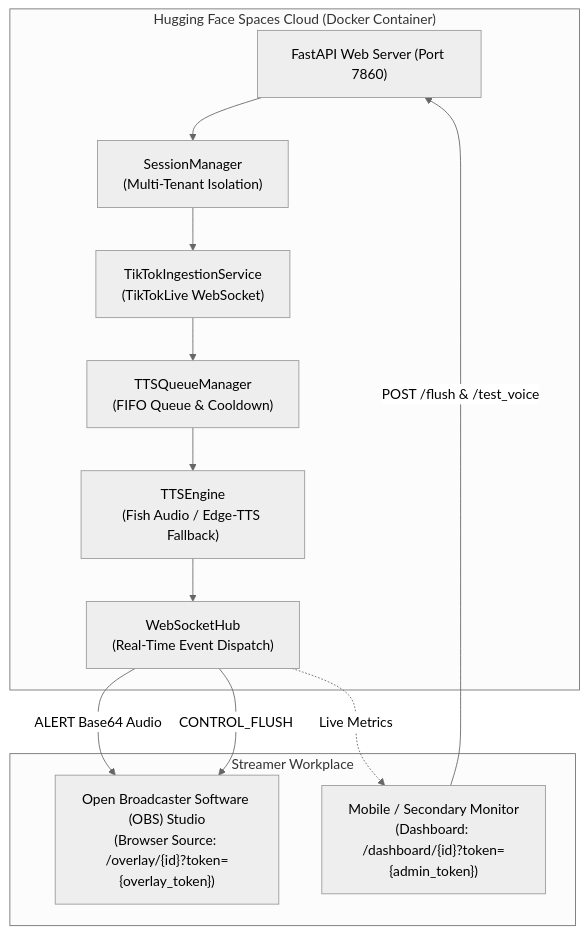
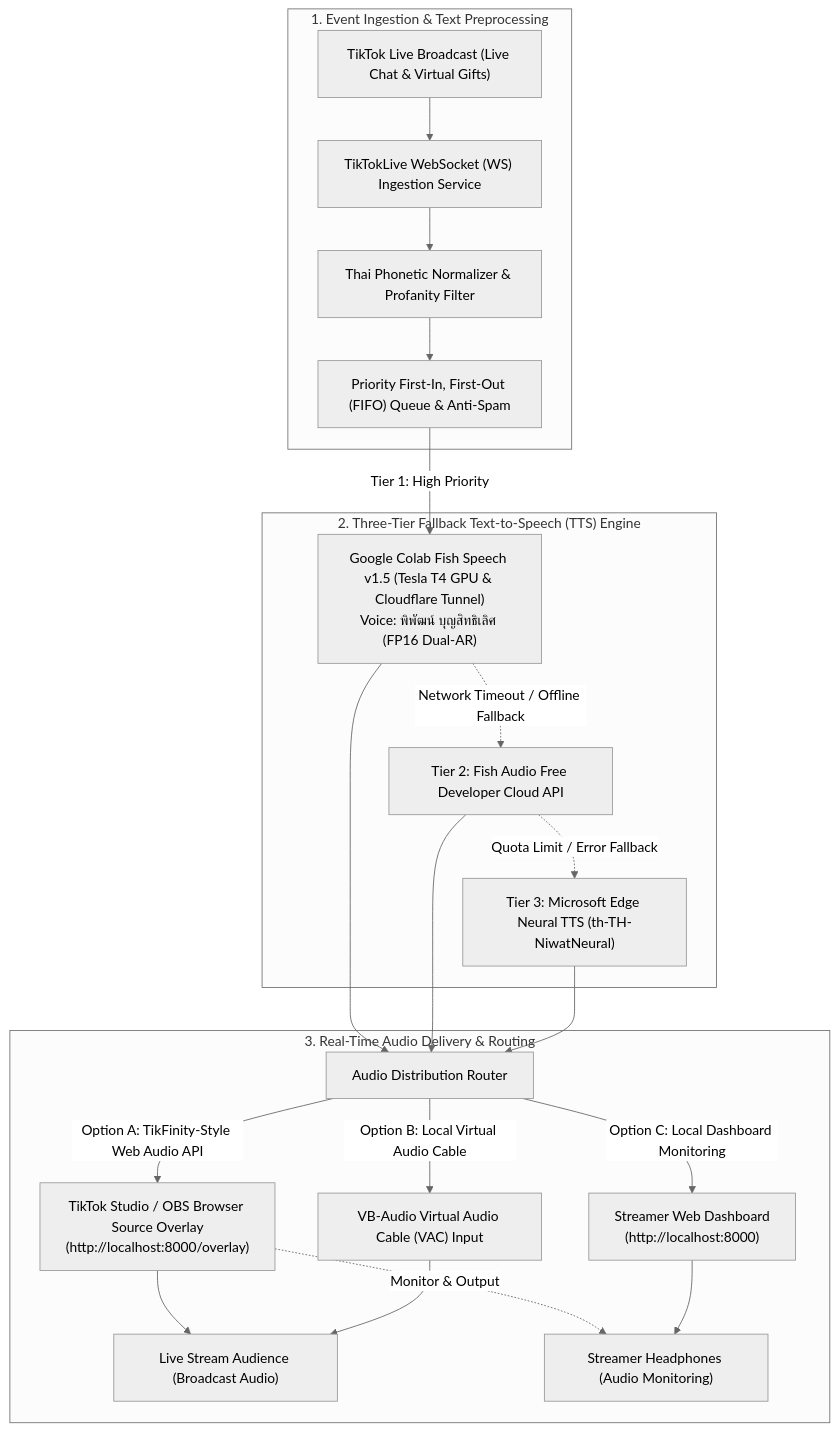
Before and after one commit to PhuriphatTyPeZ3r0/App-TikTok-Live-TTS-Dashboard-2026: the diagram in README.md, drawn with Mermaid (neutral theme). The commit also changed other lines of this file and 1 other file, not shown here.

Commit message:
docs: update README with Open in Colab badge, Phiphat voice attribution, and TikFinity quickstart

````diff
--- a/README.md
+++ b/README.md
@@ -47,27 +61,34 @@
 ```mermaid
 flowchart TD
-    subgraph Cloud ["Hugging Face Spaces Cloud (Docker Container)"]
-        FastAPI["FastAPI Web Server (Port 7860)"]
-        SessionMgr["SessionManager\n(Multi-Tenant Isolation)"]
-        Ingestion["TikTokIngestionService\n(TikTokLive WebSocket)"]
-        Queue["TTSQueueManager\n(FIFO Queue & Cooldown)"]
-        TTS["TTSEngine\n(Fish Audio / Edge-TTS Fallback)"]
-        WSHub["WebSocketHub\n(Real-Time Event Dispatch)"]
+    subgraph IngestionLayer ["1. Event Ingestion & Text Preprocessing"]
+        TikTokLive["TikTok Live Broadcast (Live Chat & Virtual Gifts)"]
+        Ingestion["TikTokLive WebSocket (WS) Ingestion Service"]
+        Normalizer["Thai Phonetic Normalizer & Profanity Filter"]
+        Queue["Priority First-In, First-Out (FIFO) Queue & Anti-Spam"]
 
-        FastAPI --> SessionMgr
-        SessionMgr --> Ingestion
-        Ingestion --> Queue
-        Queue --> TTS
-        TTS --> WSHub
+        TikTokLive --> Ingestion
+        Ingestion --> Normalizer
+        Normalizer --> Queue
     end
 
-    subgraph Streamer ["Streamer Workplace"]
-        OBS["Open Broadcaster Software (OBS) Studio\n(Browser Source: /overlay/{id}?token={overlay_token})"]
-        Phone["Mobile / Secondary Monitor\n(Dashboard: /dashboard/{id}?token={admin_token})"]
+    subgraph TTSLayer ["2. Three-Tier Fallback Text-to-Speech (TTS) Engine"]
+        Queue -->|Tier 1: High Priority| ColabTTS["Google Colab Fish Speech v1.5 (Tesla T4 GPU & Cloudflare Tunnel)\nVoice: พิพัฒน์ บุญสิทธิเลิศ (FP16 Dual-AR)"]
+        ColabTTS -.->|Network Timeout / Offline Fallback| CloudTTS["Tier 2: Fish Audio Free Developer Cloud API"]
+        CloudTTS -.->|Quota Limit / Error Fallback| EdgeTTS["Tier 3: Microsoft Edge Neural TTS (th-TH-NiwatNeural)"]
     end
 
-    WSHub -->|ALERT Base64 Audio| OBS
-    WSHub -->|CONTROL_FLUSH| OBS
-    Phone -->|POST /flush & /test_voice| FastAPI
-    WSHub -.->|Live Metrics| Phone
+    subgraph AudioDeliveryLayer ["3. Real-Time Audio Delivery & Routing"]
+        ColabTTS --> AudioRouter["Audio Distribution Router"]
+        CloudTTS --> AudioRouter
+        EdgeTTS --> AudioRouter
+
+        AudioRouter -->|Option A: TikFinity-Style Web Audio API| BrowserSource["TikTok Studio / OBS Browser Source Overlay\n(http://localhost:8000/overlay)"]
+        AudioRouter -->|Option B: Local Virtual Audio Cable| VAC["VB-Audio Virtual Audio Cable (VAC) Input"]
+        AudioRouter -->|Option C: Local Dashboard Monitoring| Dashboard["Streamer Web Dashboard\n(http://localhost:8000)"]
+
+        BrowserSource --> Viewers["Live Stream Audience (Broadcast Audio)"]
+        BrowserSource -.->|Monitor & Output| Headphones["Streamer Headphones (Audio Monitoring)"]
+        VAC --> Viewers
+        Dashboard --> Headphones
+    end
 ```
````
